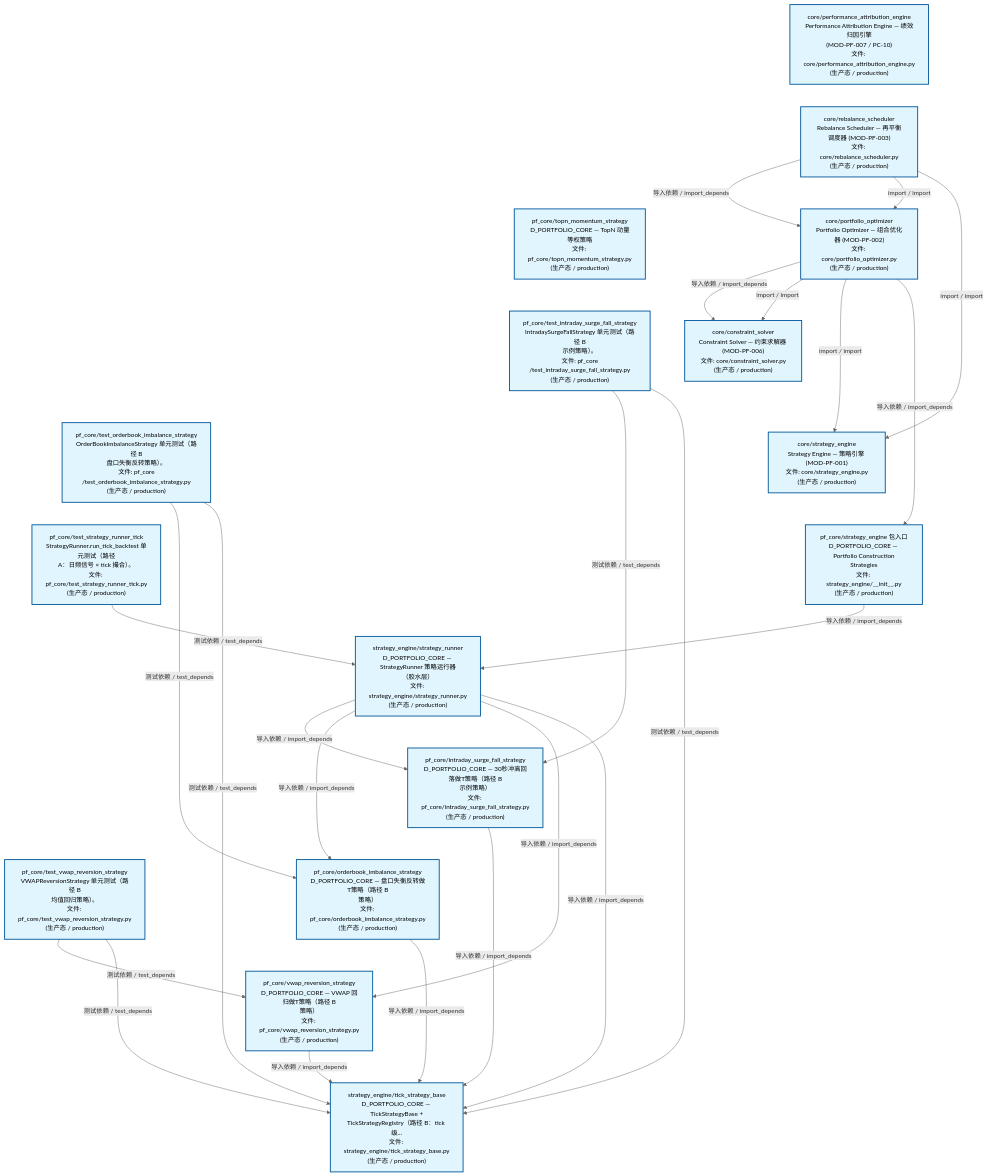
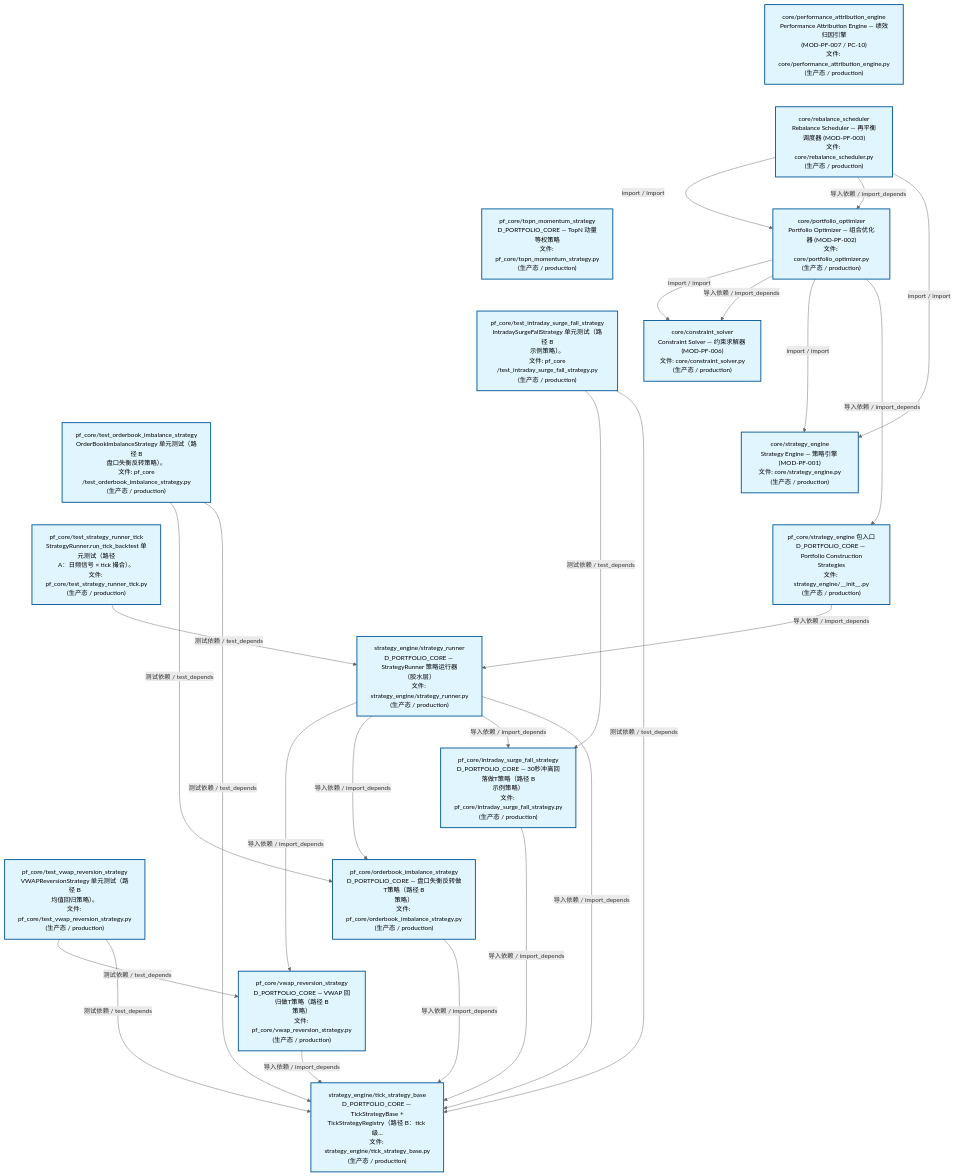
Before and after one commit to xuanFelixVan/ZephyrAlpha: the second of 3 diagrams in docs/02_enterprise_architecture/02_domain_architecture_docs/63_d_pf_core.md, drawn with Mermaid. The commit also changed other lines of this file and 46 other files, not shown here.

````diff
--- a/docs/02_enterprise_architecture/02_domain_architecture_docs/63_d_pf_core.md
+++ b/docs/02_enterprise_architecture/02_domain_architecture_docs/63_d_pf_core.md
@@ -139,57 +139,57 @@
 ```mermaid
 %%{init: {'theme': 'base', 'themeVariables': {'primaryColor': '#eaeaea', 'primaryTextColor': '#333333', 'primaryBorderColor': '#666666', 'lineColor': '#666666', 'secondaryColor': '#eaeaea', 'tertiaryColor': '#eaeaea', 'fontSize': '14px'}}}%%
 flowchart TD
     src_zephyr_pf_core_core_performance_attribution_engine_py["core/performance_attribution_engine<br/>Performance Attribution Engine — 绩效归因引擎<br/>(MOD-PF-007 / PC-10)<br/>文件: core/performance_attribution_engine.py<br/>(生产态 / production)"]
     src_zephyr_pf_core_core_rebalance_scheduler_py["core/rebalance_scheduler<br/>Rebalance Scheduler — 再平衡调度器 (MOD-PF-003)<br/>文件: core/rebalance_scheduler.py<br/>(生产态 / production)"]
     src_zephyr_pf_core_topn_momentum_strategy_py["pf_core/topn_momentum_strategy<br/>D_PORTFOLIO_CORE — TopN 动量等权策略<br/>文件: pf_core/topn_momentum_strategy.py<br/>(生产态 / production)"]
     tests_pf_core_test_intraday_surge_fall_strategy_py["pf_core/test_intraday_surge_fall_strategy<br/>IntradaySurgeFallStrategy 单元测试（路径 B<br/>示例策略）。<br/>文件: pf_core<br/>/test_intraday_surge_fall_strategy.py<br/>(生产态 / production)"]
     tests_pf_core_test_orderbook_imbalance_strategy_py["pf_core/test_orderbook_imbalance_strategy<br/>OrderBookImbalanceStrategy 单元测试（路径 B<br/>盘口失衡反转策略）。<br/>文件: pf_core<br/>/test_orderbook_imbalance_strategy.py<br/>(生产态 / production)"]
     tests_pf_core_test_strategy_runner_tick_py["pf_core/test_strategy_runner_tick<br/>StrategyRunner.run_tick_backtest 单元测试（路径<br/>A：日频信号 × tick 撮合）。<br/>文件: pf_core/test_strategy_runner_tick.py<br/>(生产态 / production)"]
     tests_pf_core_test_vwap_reversion_strategy_py["pf_core/test_vwap_reversion_strategy<br/>VWAPReversionStrategy 单元测试（路径 B<br/>均值回归策略）。<br/>文件: pf_core/test_vwap_reversion_strategy.py<br/>(生产态 / production)"]
     src_zephyr_pf_core_core_performance_attribution_engine_py ~~~ src_zephyr_pf_core_core_rebalance_scheduler_py
     src_zephyr_pf_core_core_rebalance_scheduler_py ~~~ src_zephyr_pf_core_topn_momentum_strategy_py
     src_zephyr_pf_core_topn_momentum_strategy_py ~~~ tests_pf_core_test_intraday_surge_fall_strategy_py
     tests_pf_core_test_intraday_surge_fall_strategy_py ~~~ tests_pf_core_test_orderbook_imbalance_strategy_py
     tests_pf_core_test_orderbook_imbalance_strategy_py ~~~ tests_pf_core_test_strategy_runner_tick_py
     tests_pf_core_test_strategy_runner_tick_py ~~~ tests_pf_core_test_vwap_reversion_strategy_py
     src_zephyr_pf_core_core_portfolio_optimizer_py["core/portfolio_optimizer<br/>Portfolio Optimizer — 组合优化器 (MOD-PF-002)<br/>文件: core/portfolio_optimizer.py<br/>(生产态 / production)"]
     src_zephyr_pf_core_core_constraint_solver_py["core/constraint_solver<br/>Constraint Solver — 约束求解器 (MOD-PF-006)<br/>文件: core/constraint_solver.py<br/>(生产态 / production)"]
     src_zephyr_pf_core_core_strategy_engine_py["core/strategy_engine<br/>Strategy Engine — 策略引擎 (MOD-PF-001)<br/>文件: core/strategy_engine.py<br/>(生产态 / production)"]
     src_zephyr_pf_core_strategy_engine_init_py["pf_core/strategy_engine 包入口<br/>D_PORTFOLIO_CORE — Portfolio Construction<br/>Strategies<br/>文件: strategy_engine/__init__.py<br/>(生产态 / production)"]
     src_zephyr_pf_core_core_constraint_solver_py ~~~ src_zephyr_pf_core_core_strategy_engine_py
     src_zephyr_pf_core_core_strategy_engine_py ~~~ src_zephyr_pf_core_strategy_engine_init_py
     src_zephyr_pf_core_strategy_engine_strategy_runner_py["strategy_engine/strategy_runner<br/>D_PORTFOLIO_CORE — StrategyRunner 策略运行器<br/>（胶水层）<br/>文件: strategy_engine/strategy_runner.py<br/>(生产态 / production)"]
     src_zephyr_pf_core_intraday_surge_fall_strategy_py["pf_core/intraday_surge_fall_strategy<br/>D_PORTFOLIO_CORE — 30秒冲高回落做T策略（路径 B<br/>示例策略）<br/>文件: pf_core/intraday_surge_fall_strategy.py<br/>(生产态 / production)"]
     src_zephyr_pf_core_orderbook_imbalance_strategy_py["pf_core/orderbook_imbalance_strategy<br/>D_PORTFOLIO_CORE — 盘口失衡反转做T策略（路径 B<br/>策略）<br/>文件: pf_core/orderbook_imbalance_strategy.py<br/>(生产态 / production)"]
     src_zephyr_pf_core_vwap_reversion_strategy_py["pf_core/vwap_reversion_strategy<br/>D_PORTFOLIO_CORE — VWAP 回归做T策略（路径 B<br/>策略）<br/>文件: pf_core/vwap_reversion_strategy.py<br/>(生产态 / production)"]
     src_zephyr_pf_core_intraday_surge_fall_strategy_py ~~~ src_zephyr_pf_core_orderbook_imbalance_strategy_py
     src_zephyr_pf_core_orderbook_imbalance_strategy_py ~~~ src_zephyr_pf_core_vwap_reversion_strategy_py
     src_zephyr_pf_core_strategy_engine_tick_strategy_base_py["strategy_engine/tick_strategy_base<br/>D_PORTFOLIO_CORE — TickStrategyBase +<br/>TickStrategyRegistry（路径 B：tick 级...<br/>文件: strategy_engine/tick_strategy_base.py<br/>(生产态 / production)"]
+    src_zephyr_pf_core_vwap_reversion_strategy_py -->|导入依赖 / import_depends| src_zephyr_pf_core_strategy_engine_tick_strategy_base_py
+    src_zephyr_pf_core_orderbook_imbalance_strategy_py -->|导入依赖 / import_depends| src_zephyr_pf_core_strategy_engine_tick_strategy_base_py
     src_zephyr_pf_core_intraday_surge_fall_strategy_py -->|导入依赖 / import_depends| src_zephyr_pf_core_strategy_engine_tick_strategy_base_py
-    src_zephyr_pf_core_orderbook_imbalance_strategy_py -->|导入依赖 / import_depends| src_zephyr_pf_core_strategy_engine_tick_strategy_base_py
+    src_zephyr_pf_core_core_portfolio_optimizer_py -->|import / import| src_zephyr_pf_core_core_constraint_solver_py
     src_zephyr_pf_core_core_portfolio_optimizer_py -->|导入依赖 / import_depends| src_zephyr_pf_core_core_constraint_solver_py
-    src_zephyr_pf_core_core_portfolio_optimizer_py -->|import / import| src_zephyr_pf_core_core_constraint_solver_py
     src_zephyr_pf_core_core_portfolio_optimizer_py -->|import / import| src_zephyr_pf_core_core_strategy_engine_py
     src_zephyr_pf_core_core_portfolio_optimizer_py -->|导入依赖 / import_depends| src_zephyr_pf_core_strategy_engine_init_py
+    src_zephyr_pf_core_core_rebalance_scheduler_py -->|import / import| src_zephyr_pf_core_core_portfolio_optimizer_py
     src_zephyr_pf_core_core_rebalance_scheduler_py -->|导入依赖 / import_depends| src_zephyr_pf_core_core_portfolio_optimizer_py
-    src_zephyr_pf_core_core_rebalance_scheduler_py -->|import / import| src_zephyr_pf_core_core_portfolio_optimizer_py
     src_zephyr_pf_core_core_rebalance_scheduler_py -->|import / import| src_zephyr_pf_core_core_strategy_engine_py
-    src_zephyr_pf_core_vwap_reversion_strategy_py -->|导入依赖 / import_depends| src_zephyr_pf_core_strategy_engine_tick_strategy_base_py
     src_zephyr_pf_core_strategy_engine_init_py -->|导入依赖 / import_depends| src_zephyr_pf_core_strategy_engine_strategy_runner_py
+    src_zephyr_pf_core_strategy_engine_strategy_runner_py -->|导入依赖 / import_depends| src_zephyr_pf_core_vwap_reversion_strategy_py
+    src_zephyr_pf_core_strategy_engine_strategy_runner_py -->|导入依赖 / import_depends| src_zephyr_pf_core_orderbook_imbalance_strategy_py
     src_zephyr_pf_core_strategy_engine_strategy_runner_py -->|导入依赖 / import_depends| src_zephyr_pf_core_intraday_surge_fall_strategy_py
-    src_zephyr_pf_core_strategy_engine_strategy_runner_py -->|导入依赖 / import_depends| src_zephyr_pf_core_orderbook_imbalance_strategy_py
-    src_zephyr_pf_core_strategy_engine_strategy_runner_py -->|导入依赖 / import_depends| src_zephyr_pf_core_vwap_reversion_strategy_py
     src_zephyr_pf_core_strategy_engine_strategy_runner_py -->|导入依赖 / import_depends| src_zephyr_pf_core_strategy_engine_tick_strategy_base_py
     tests_pf_core_test_intraday_surge_fall_strategy_py -->|测试依赖 / test_depends| src_zephyr_pf_core_intraday_surge_fall_strategy_py
     tests_pf_core_test_intraday_surge_fall_strategy_py -->|测试依赖 / test_depends| src_zephyr_pf_core_strategy_engine_tick_strategy_base_py
     tests_pf_core_test_orderbook_imbalance_strategy_py -->|测试依赖 / test_depends| src_zephyr_pf_core_orderbook_imbalance_strategy_py
     tests_pf_core_test_orderbook_imbalance_strategy_py -->|测试依赖 / test_depends| src_zephyr_pf_core_strategy_engine_tick_strategy_base_py
+    tests_pf_core_test_strategy_runner_tick_py -->|测试依赖 / test_depends| src_zephyr_pf_core_strategy_engine_strategy_runner_py
     tests_pf_core_test_vwap_reversion_strategy_py -->|测试依赖 / test_depends| src_zephyr_pf_core_vwap_reversion_strategy_py
     tests_pf_core_test_vwap_reversion_strategy_py -->|测试依赖 / test_depends| src_zephyr_pf_core_strategy_engine_tick_strategy_base_py
-    tests_pf_core_test_strategy_runner_tick_py -->|测试依赖 / test_depends| src_zephyr_pf_core_strategy_engine_strategy_runner_py
     classDef production fill:#e1f5fe,stroke:#01579b,stroke-width:2px,color:#000
     classDef design fill:#fff3e0,stroke:#e65100,stroke-width:2px,color:#000,stroke-dasharray: 5 5
     classDef external_prod fill:#e8f4fd,stroke:#0277bd,stroke-width:1px,color:#000
     classDef external_design fill:#fff8e7,stroke:#ef6c00,stroke-width:1px,color:#000,stroke-dasharray: 5 5
     class src_zephyr_pf_core_core_constraint_solver_py,src_zephyr_pf_core_core_performance_attribution_engine_py,src_zephyr_pf_core_core_portfolio_optimizer_py,src_zephyr_pf_core_core_rebalance_scheduler_py,src_zephyr_pf_core_core_strategy_engine_py,src_zephyr_pf_core_intraday_surge_fall_strategy_py,src_zephyr_pf_core_orderbook_imbalance_strategy_py,src_zephyr_pf_core_strategy_engine_init_py,src_zephyr_pf_core_strategy_engine_strategy_runner_py,src_zephyr_pf_core_strategy_engine_tick_strategy_base_py,src_zephyr_pf_core_topn_momentum_strategy_py,src_zephyr_pf_core_vwap_reversion_strategy_py,tests_pf_core_test_intraday_surge_fall_strategy_py,tests_pf_core_test_orderbook_imbalance_strategy_py,tests_pf_core_test_strategy_runner_tick_py,tests_pf_core_test_vwap_reversion_strategy_py production
 ```
````
